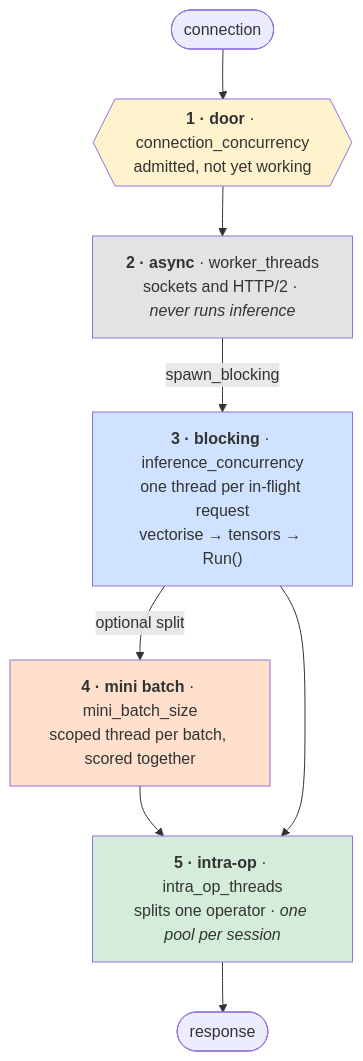
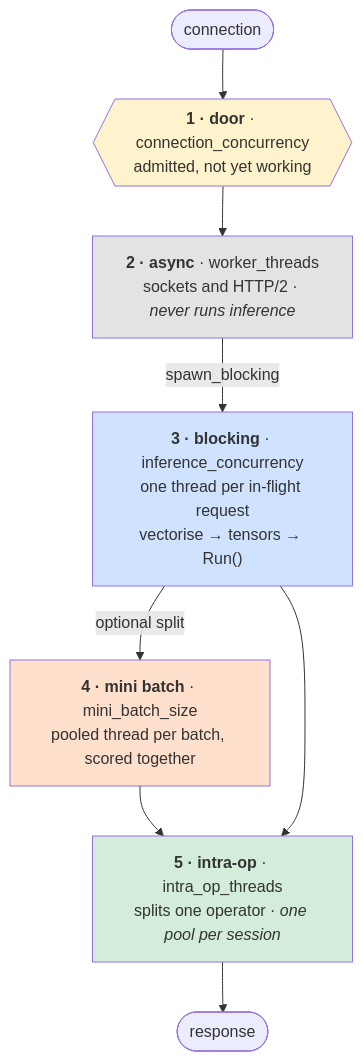
Before and after one commit to PratikBarhate/hushar: the diagram in documentation/threads-and-cores.md, drawn with Mermaid. The commit also changed other lines of this file and 72 other files, not shown here.

````diff
--- a/documentation/threads-and-cores.md
+++ b/documentation/threads-and-cores.md
@@ -38,19 +38,19 @@
 ```mermaid
 flowchart TB
   sock(["connection"]) --> g
   g{{"<b>1 · door</b> · connection_concurrency<br/>admitted, not yet working"}} --> w
   w["<b>2 · async</b> · worker_threads<br/>sockets and HTTP/2 · <i>never runs inference</i>"]
   w -->|"spawn_blocking"| b
   b["<b>3 · blocking</b> · inference_concurrency<br/>one thread per in-flight request<br/>vectorise → tensors → Run()"]
   b -->|"optional split"| m
-  m["<b>4 · mini batch</b> · mini_batch_size<br/>scoped thread per batch, scored together"]
+  m["<b>4 · mini batch</b> · mini_batch_size<br/>pooled thread per batch, scored together"]
   m --> o
   b --> o
   o["<b>5 · intra-op</b> · intra_op_threads<br/>splits one operator · <i>one pool per session</i>"]
   o --> resp(["response"])
   style g fill:#fff3cd
   style w fill:#e2e3e5
   style b fill:#cfe2ff
   style m fill:#ffe0cc
   style o fill:#d4edda
 ```
````
